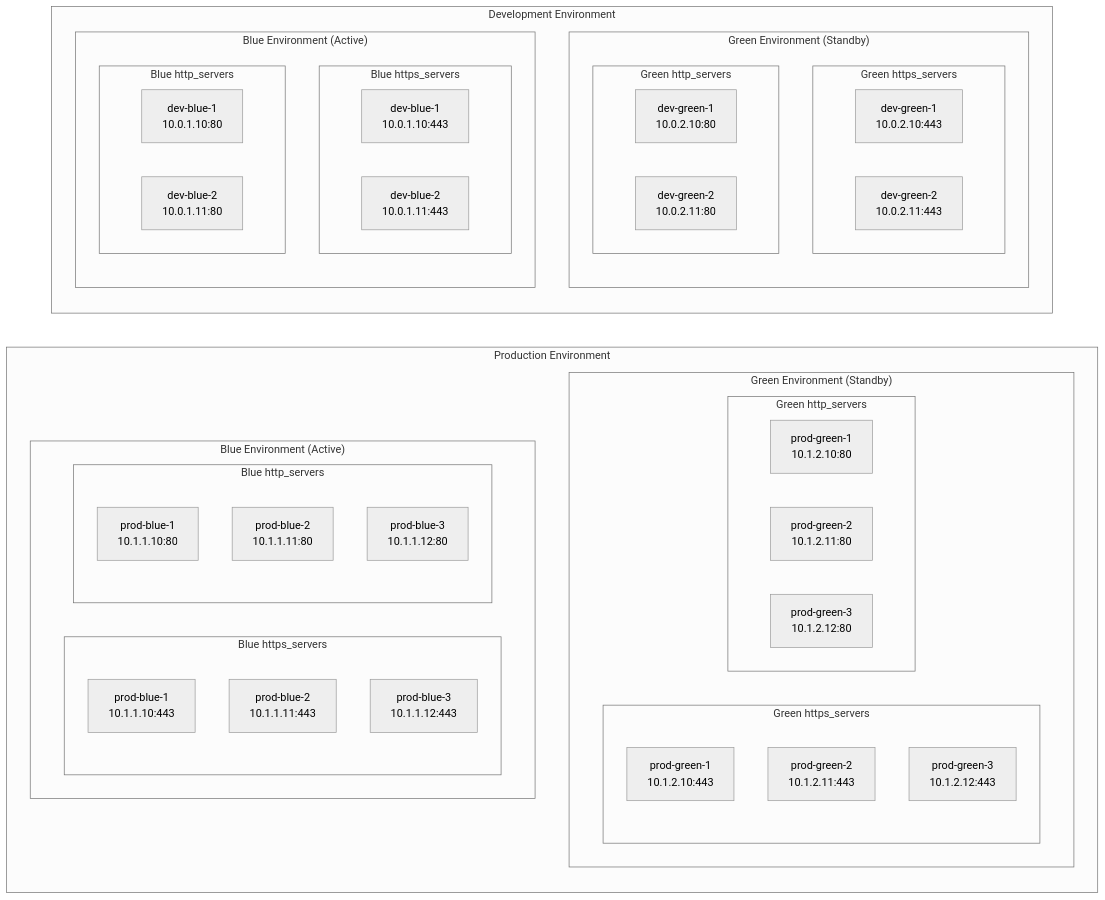
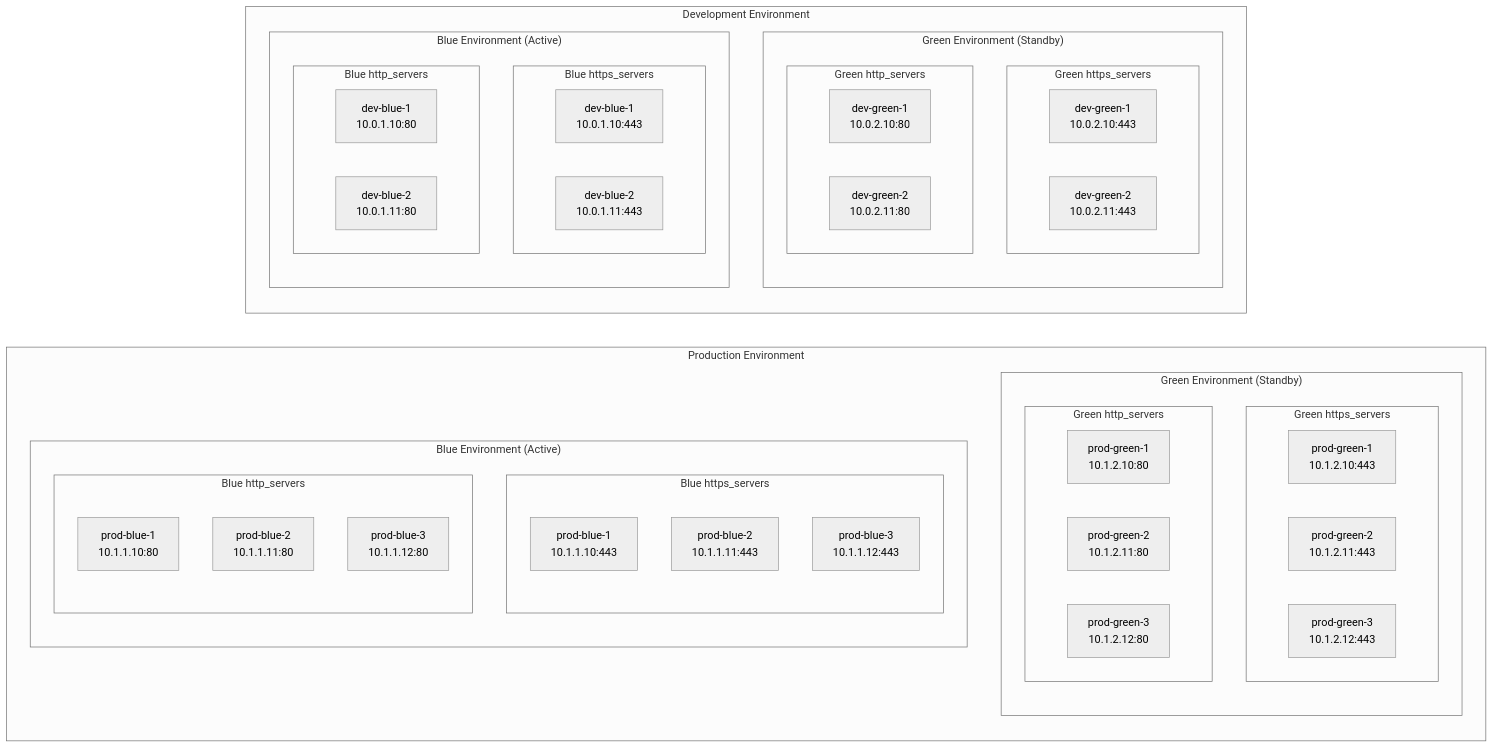
One commit to cadjai/ocp4-cluster-workload-migration changed the second of 2 diagrams in HAPROXY-BLUE-GREEN-README.md. Above: the diagram before and after it, drawn with Mermaid (neutral theme).

Commit message:
edit diagram

````diff
--- a/HAPROXY-BLUE-GREEN-README.md
+++ b/HAPROXY-BLUE-GREEN-README.md
@@ -60,58 +60,60 @@
 ```mermaid
 graph LR 
     subgraph "Production Environment"
         subgraph "Green Environment (Standby)"
+            direction TB
             subgraph "Green https_servers"
                 PG4[prod-green-1<br/>10.1.2.10:443]
                 PG5[prod-green-2<br/>10.1.2.11:443]
                 PG6[prod-green-3<br/>10.1.2.12:443]
             end
             subgraph "Green http_servers"
                 PG1[prod-green-1<br/>10.1.2.10:80]
                 PG2[prod-green-2<br/>10.1.2.11:80]
                 PG3[prod-green-3<br/>10.1.2.12:80]
             end
         end
         subgraph "Blue Environment (Active)"
+            direction TB
             subgraph "Blue https_servers"
             direction TB
                 PB4[prod-blue-1<br/>10.1.1.10:443]
                 PB5[prod-blue-2<br/>10.1.1.11:443]
                 PB6[prod-blue-3<br/>10.1.1.12:443]
             end
             subgraph "Blue http_servers"
             direction TB
                 PB1[prod-blue-1<br/>10.1.1.10:80]
                 PB2[prod-blue-2<br/>10.1.1.11:80]
                 PB3[prod-blue-3<br/>10.1.1.12:80]
             end
         end
     end
 
     subgraph "Development Environment"
         subgraph "Green Environment (Standby)"
             direction TB
             subgraph "Green https_servers"
                 DG3[dev-green-1<br/>10.0.2.10:443]
                 DG4[dev-green-2<br/>10.0.2.11:443]
             end
             subgraph "Green http_servers"
                 DG1[dev-green-1<br/>10.0.2.10:80]
                 DG2[dev-green-2<br/>10.0.2.11:80]
             end
         end
         subgraph "Blue Environment (Active)"
             direction TB
             subgraph "Blue https_servers"
                 DB3[dev-blue-1<br/>10.0.1.10:443]
                 DB4[dev-blue-2<br/>10.0.1.11:443]
             end
             subgraph "Blue http_servers"
                 DB1[dev-blue-1<br/>10.0.1.10:80]
                 DB2[dev-blue-2<br/>10.0.1.11:80]
             end
         end
     end
     
 
 ```
````
